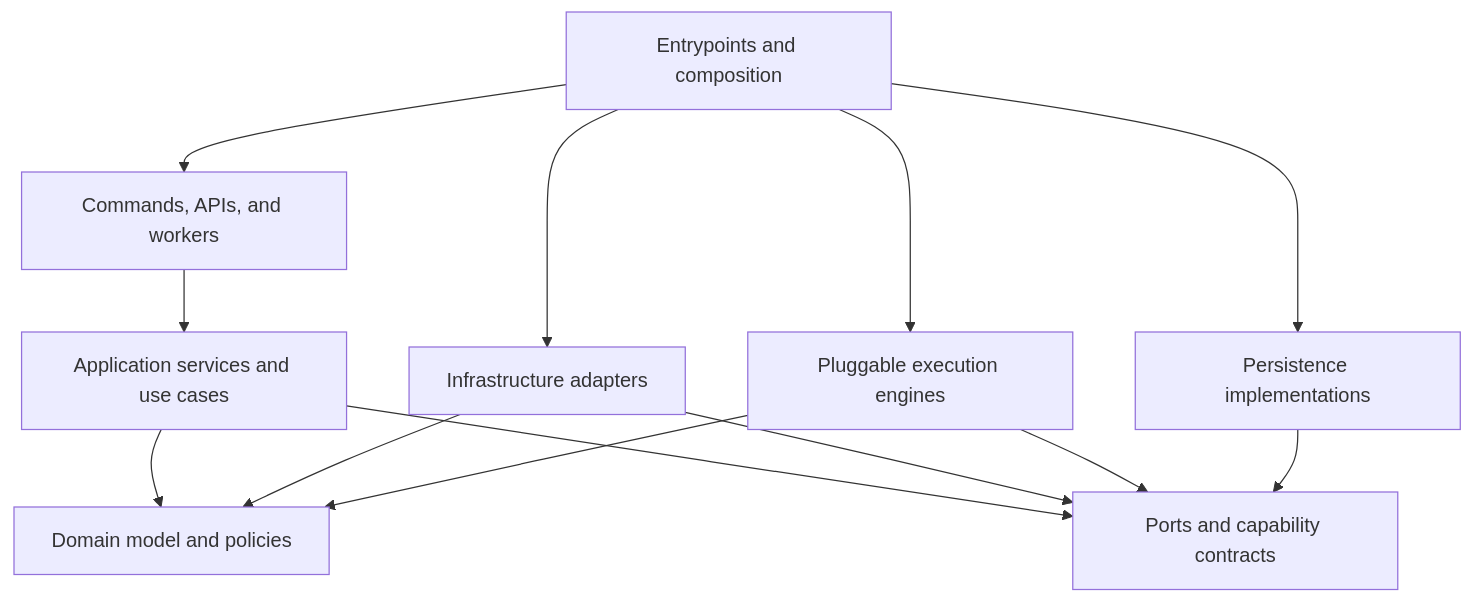
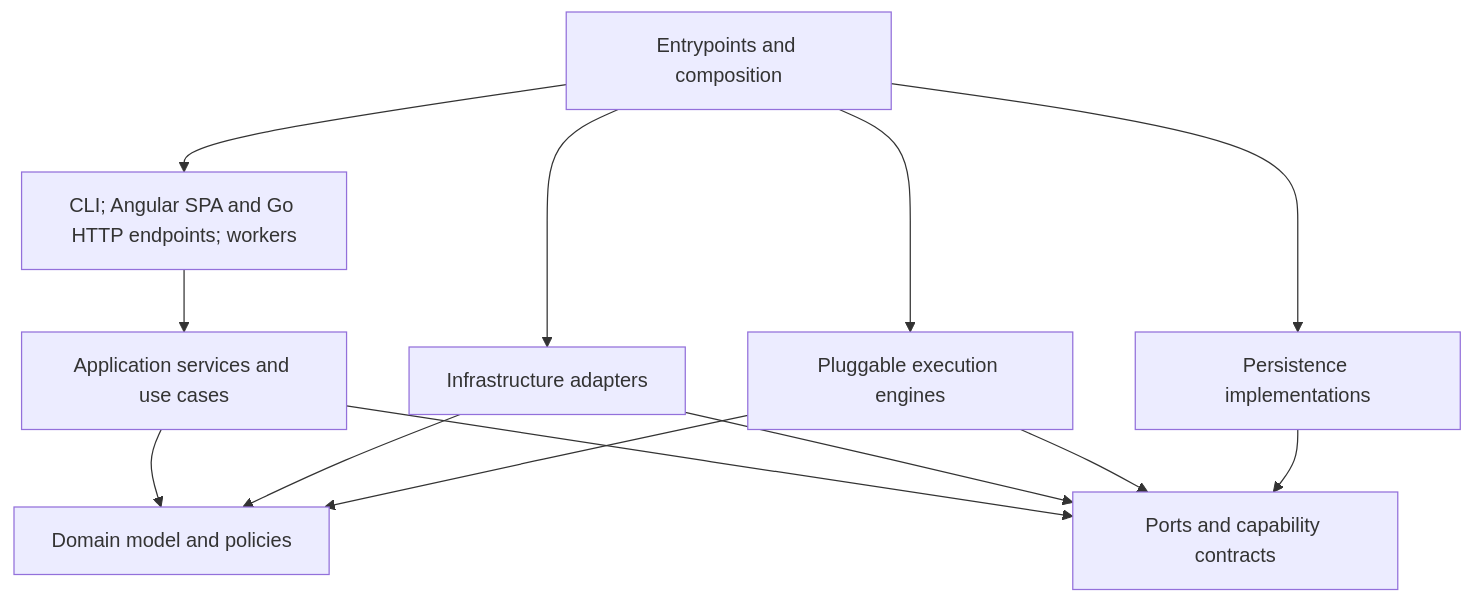
Before and after one commit to kumerian/mimir: the first of 2 diagrams in docs/architecture/software-architecture.md, drawn with Mermaid. The commit also changed other lines of this file and 57 other files, not shown here.

````diff
--- a/docs/architecture/software-architecture.md
+++ b/docs/architecture/software-architecture.md
@@ -49,24 +60,24 @@
 ```mermaid
 flowchart TB
     Entry["Entrypoints and composition"]
-    Presentation["Commands, APIs, and workers"]
+    Presentation["CLI; Angular SPA and Go HTTP endpoints; workers"]
     Application["Application services and use cases"]
     Ports["Ports and capability contracts"]
     Domain["Domain model and policies"]
     Infrastructure["Infrastructure adapters"]
     Engines["Pluggable execution engines"]
     Persistence["Persistence implementations"]
 
     Entry --> Presentation
     Entry --> Infrastructure
     Entry --> Engines
     Entry --> Persistence
     Presentation --> Application
     Application --> Domain
     Application --> Ports
     Infrastructure --> Ports
     Engines --> Ports
     Persistence --> Ports
     Infrastructure --> Domain
     Engines --> Domain
 ```
````
